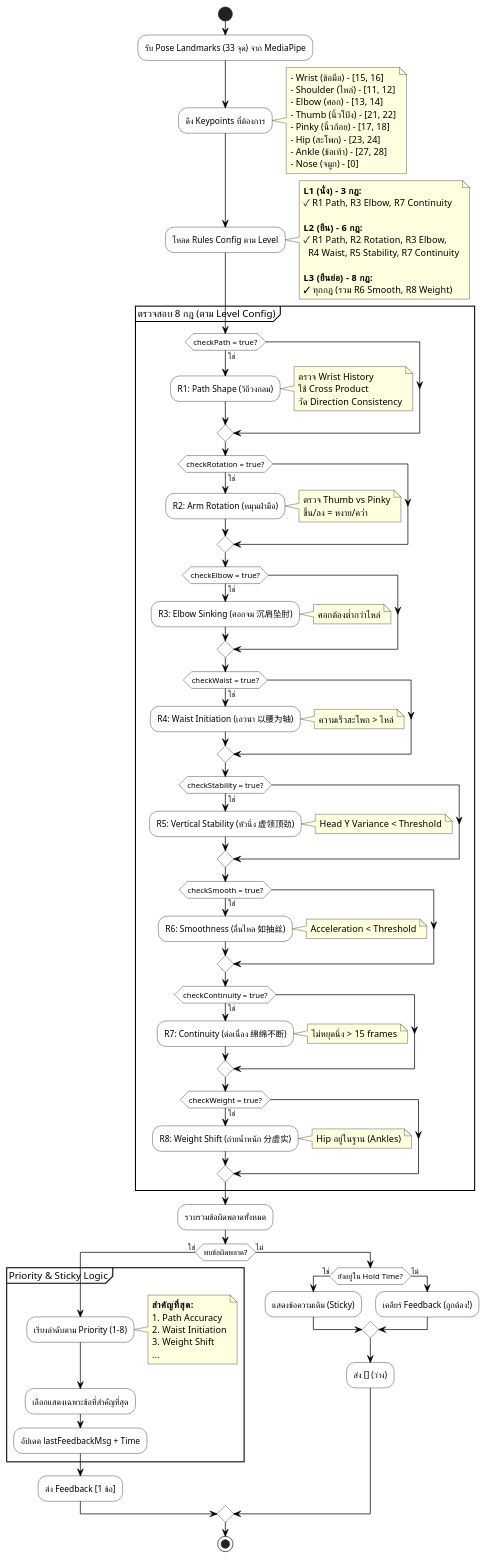
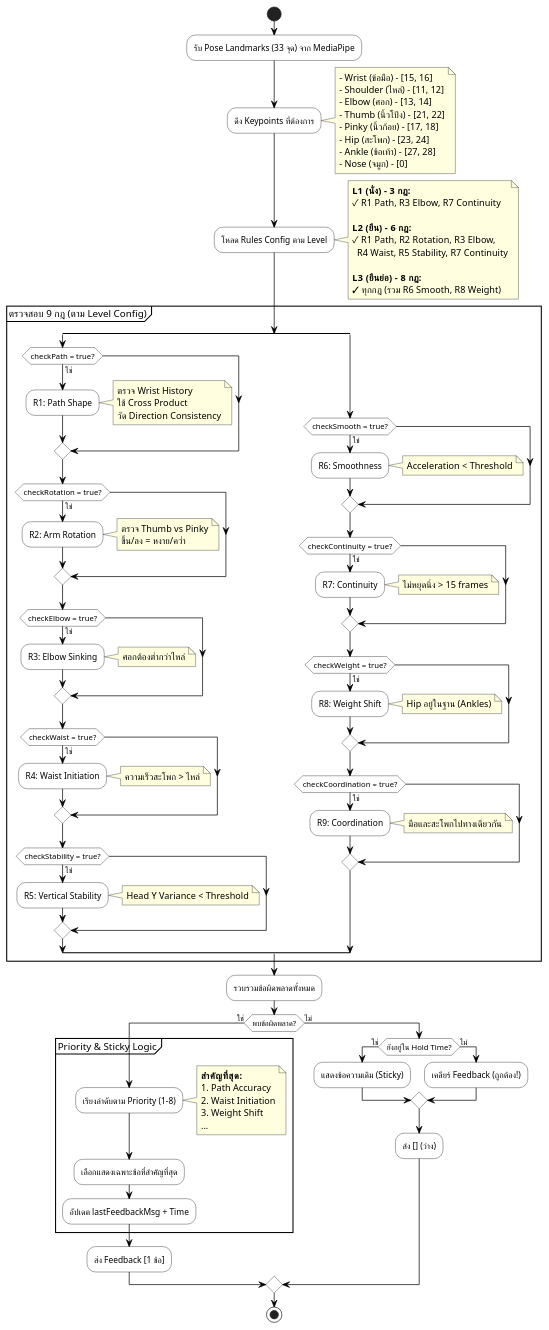
One commit to vyut/TaijiFlow changed the diagram in docs/diagrams/ActivityDiagram_Heuristics.wsd. Above: the diagram before and after it, drawn with PlantUML. The commit also changed 10 other files, not shown here.

```diff
--- a/docs/diagrams/ActivityDiagram_Heuristics.wsd
+++ b/docs/diagrams/ActivityDiagram_Heuristics.wsd
@@ -1,135 +1,150 @@
 @startuml TaijiFlow_Activity_Diagram_Heuristics
 ' ============================================================================
 ' TaijiFlow AI - Activity Diagram: Heuristics Engine (8 Rules Analysis)
 ' ============================================================================
 ' แสดงขั้นตอนการวิเคราะห์ท่าทางตามหลักไท่จี๋ 8 ข้อ
 ' อ้างอิงจาก: heuristics_engine.js -> analyze() method
 ' ============================================================================
 
 skinparam defaultFontName "sarabun"
 skinparam activity {
     BackgroundColor White
     BorderColor Black
     ArrowColor Black
 }
 skinparam note {
     BackgroundColor LightYellow
 }
 
 start
 
 :รับ Pose Landmarks (33 จุด) จาก MediaPipe;
 
 :ดึง Keypoints ที่ต้องการ;
 note right
     - Wrist (ข้อมือ) - [15, 16]
     - Shoulder (ไหล่) - [11, 12]
     - Elbow (ศอก) - [13, 14]
     - Thumb (นิ้วโป้ง) - [21, 22]
     - Pinky (นิ้วก้อย) - [17, 18]
     - Hip (สะโพก) - [23, 24]
     - Ankle (ข้อเท้า) - [27, 28]
     - Nose (จมูก) - [0]
 end note
 
 :โหลด Rules Config ตาม Level;
 note right
     **L1 (นั่ง) - 3 กฎ:**
     ✓ R1 Path, R3 Elbow, R7 Continuity
 
     **L2 (ยืน) - 6 กฎ:**
     ✓ R1 Path, R2 Rotation, R3 Elbow,
       R4 Waist, R5 Stability, R7 Continuity
 
     **L3 (ยืนย่อ) - 8 กฎ:**
     ✓ ทุกกฎ (รวม R6 Smooth, R8 Weight)
 end note
 
-partition "ตรวจสอบ 8 กฎ (ตาม Level Config)" {
+partition "ตรวจสอบ 9 กฎ (ตาม Level Config)" {
+    
+split
     if (checkPath = true?) then (ใช่)
-        :R1: Path Shape (วิถีวงกลม);
+        :R1: Path Shape;
         note right
             ตรวจ Wrist History
             ใช้ Cross Product
             วัด Direction Consistency
         end note
     endif
     
     if (checkRotation = true?) then (ใช่)
-        :R2: Arm Rotation (หมุนฝ่ามือ);
+        :R2: Arm Rotation;
         note right
             ตรวจ Thumb vs Pinky
             ขึ้น/ลง = หงาย/คว่ำ
         end note
     endif
     
     if (checkElbow = true?) then (ใช่)
-        :R3: Elbow Sinking (ศอกจม 沉肩坠肘);
+        :R3: Elbow Sinking;
         note right
             ศอกต้องต่ำกว่าไหล่
         end note
     endif
     
     if (checkWaist = true?) then (ใช่)
-        :R4: Waist Initiation (เอวนำ 以腰为轴);
+        :R4: Waist Initiation;
         note right
             ความเร็วสะโพก > ไหล่
         end note
     endif
     
     if (checkStability = true?) then (ใช่)
-        :R5: Vertical Stability (หัวนิ่ง 虚领顶劲);
+        :R5: Vertical Stability;
         note right
             Head Y Variance < Threshold
         end note
     endif
     
+split again
+    ' ========== คอลัมน์ขวา: Rules 6-9 ==========
+    
     if (checkSmooth = true?) then (ใช่)
-        :R6: Smoothness (ลื่นไหล 如抽丝);
+        :R6: Smoothness;
         note right
             Acceleration < Threshold
         end note
     endif
     
     if (checkContinuity = true?) then (ใช่)
-        :R7: Continuity (ต่อเนื่อง 绵绵不断);
+        :R7: Continuity;
         note right
             ไม่หยุดนิ่ง > 15 frames
         end note
     endif
     
     if (checkWeight = true?) then (ใช่)
-        :R8: Weight Shift (ถ่ายน้ำหนัก 分虚实);
+        :R8: Weight Shift;
         note right
             Hip อยู่ในฐาน (Ankles)
         end note
     endif
+
+    if (checkCoordination = true?) then (ใช่)
+        :R9: Coordination;
+        note right
+            มือและสะโพกไปทางเดียวกัน
+        end note
+    endif
+
+end split
+
 }
 
 :รวบรวมข้อผิดพลาดทั้งหมด;
 
 if (พบข้อผิดพลาด?) then (ใช่)
     partition "Priority & Sticky Logic" {
         :เรียงลำดับตาม Priority (1-8);
         note right
             **สำคัญที่สุด:**
             1. Path Accuracy
             2. Waist Initiation
             3. Weight Shift
             ...
         end note
         :เลือกแสดงเฉพาะข้อที่สำคัญที่สุด;
         :อัปเดต lastFeedbackMsg + Time;
     }
     :ส่ง Feedback [1 ข้อ];
 else (ไม่)
     if (ยังอยู่ใน Hold Time?) then (ใช่)
         :แสดงข้อความเดิม (Sticky);
     else (ไม่)
         :เคลียร์ Feedback (ถูกต้อง!);
     endif
     :ส่ง [] (ว่าง);
 endif
 
 stop
 @enduml
```
